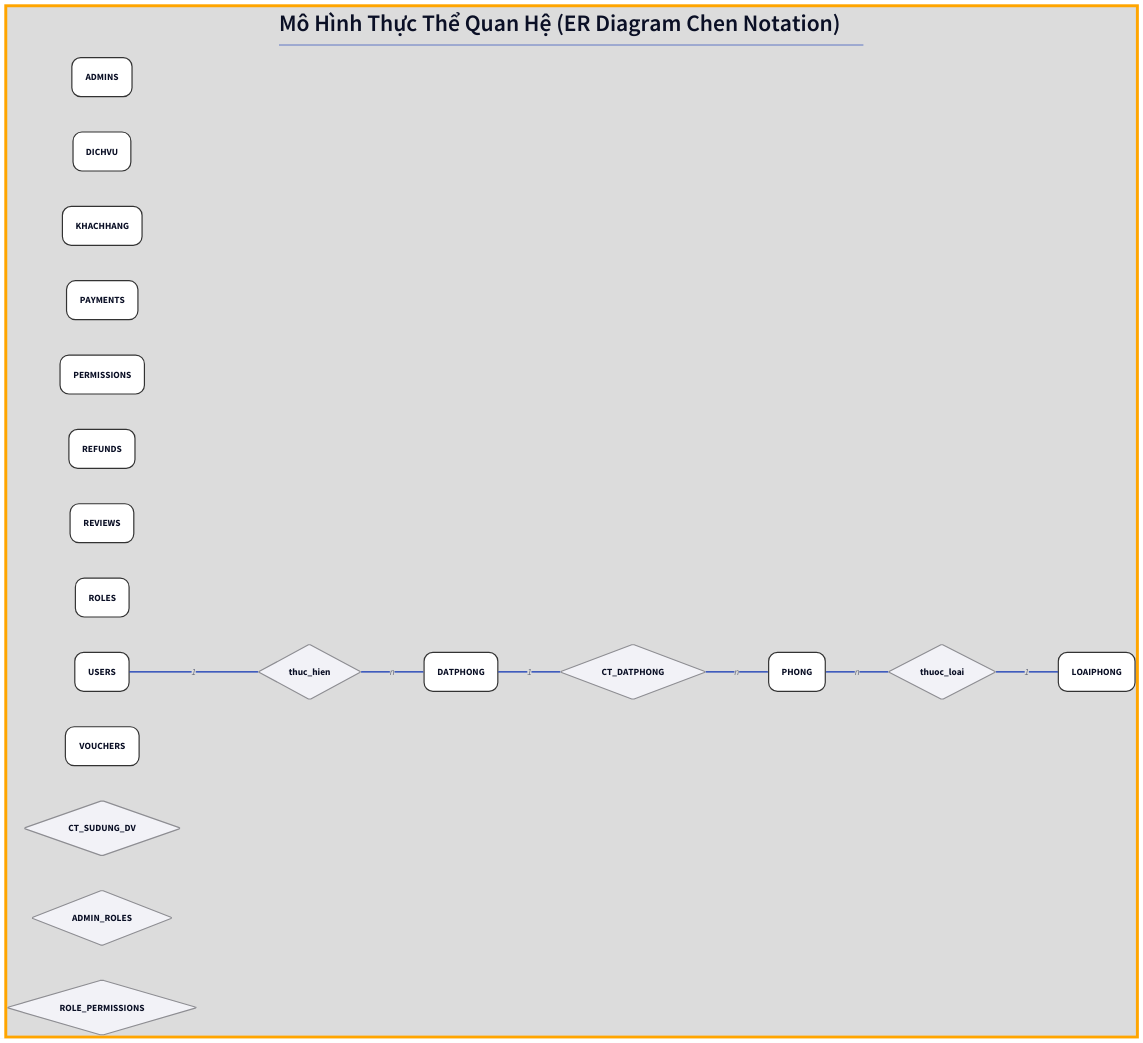
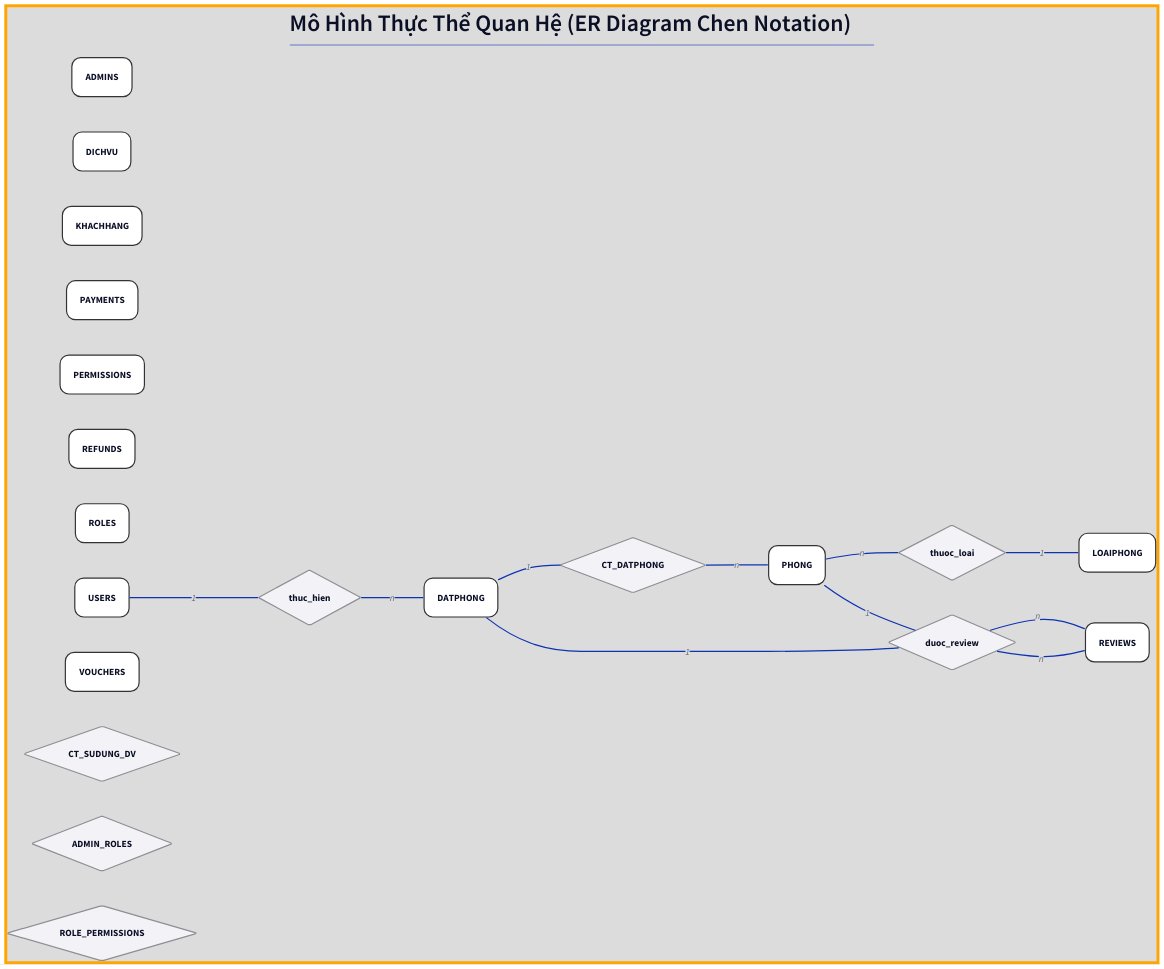
One commit to sam-uit/ie103-project-report changed the diagram in report/content/diagrams/er.d2. Above: the diagram before and after it, drawn with D2.

```diff
--- a/report/content/diagrams/er.d2
+++ b/report/content/diagrams/er.d2
@@ -90,6 +90,7 @@
 ROLE_PERMISSIONS: {class: rel}
 thuc_hien: {class: rel}
 thuoc_loai: {class: rel}
+duoc_review: {class: rel}
 
 USERS -- thuc_hien: 1
 thuc_hien -- DATPHONG: n
@@ -99,6 +100,12 @@
 
 PHONG -- thuoc_loai: n
 thuoc_loai -- LOAIPHONG: 1
+
+DATPHONG -- duoc_review: 1
+duoc_review -- REVIEWS: n
+
+PHONG -- duoc_review: 1
+duoc_review -- REVIEWS: n
 
 # === AUTH SYSTEM ===
 # admins: {class: entity}
```
